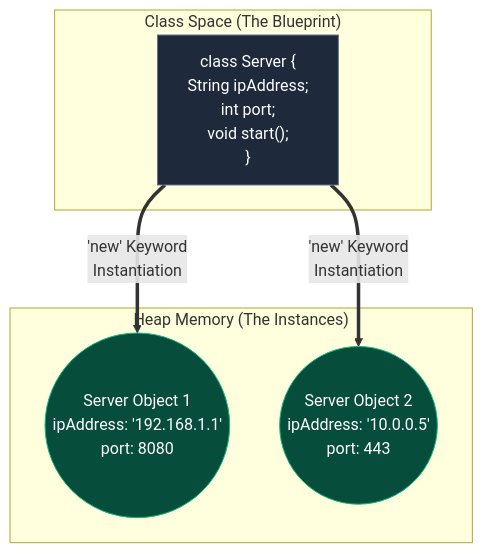
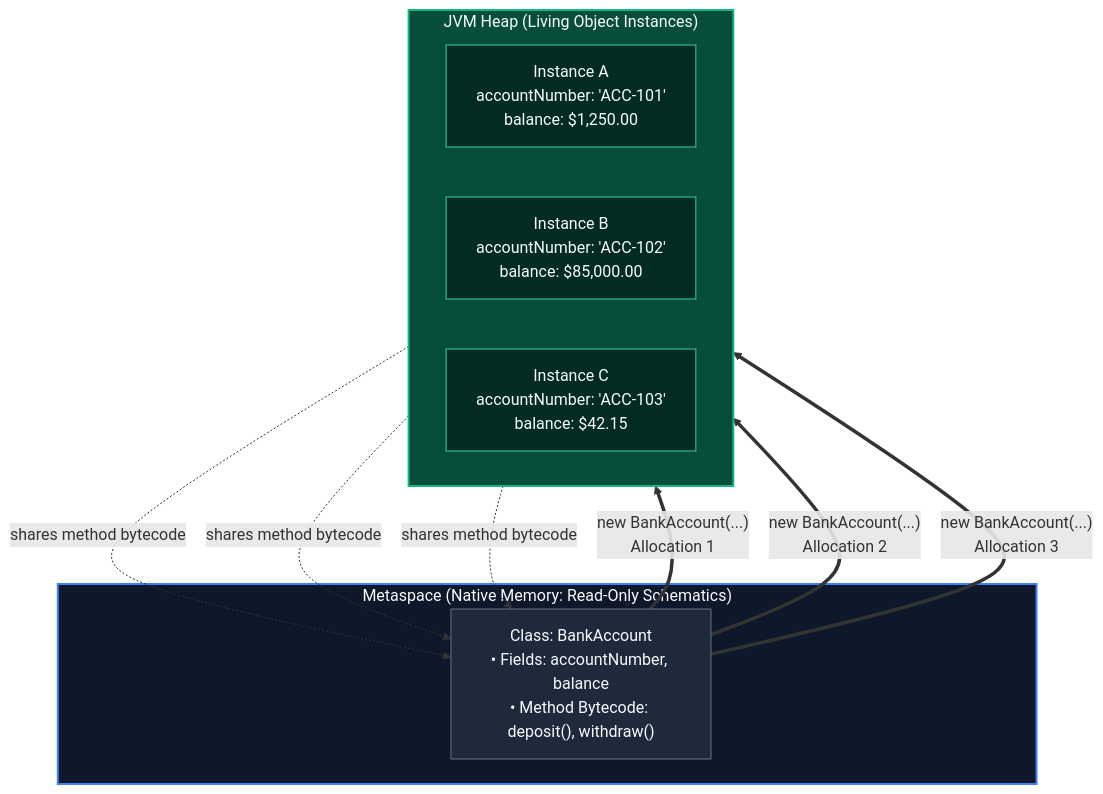
Before and after one commit to ravishankar2463/java_hub: the first of 3 diagrams in content/roadmap/level-0/intro-to-oops.md, drawn with Mermaid. The commit also changed other lines of this file, not shown here.

````diff
--- a/content/roadmap/level-0/intro-to-oops.md
+++ b/content/roadmap/level-0/intro-to-oops.md
@@ -19,18 +27,28 @@
 ```mermaid
 flowchart TD
-    subgraph "Class Space (The Blueprint)"
-        C1["class Server { <br/> String ipAddress;<br/> int port;<br/> void start(); <br/> }"]
+    subgraph Metaspace ["Metaspace (Native Memory: Read-Only Schematics)"]
+        ClassDef["Class: BankAccount<br/>• Fields: accountNumber, balance<br/>• Method Bytecode: deposit(), withdraw()"]
     end
 
-    subgraph "Heap Memory (The Instances)"
-        O1(("Server Object 1<br/>ipAddress: '192.168.1.1'<br/>port: 8080"))
-        O2(("Server Object 2<br/>ipAddress: '10.0.0.5'<br/>port: 443"))
+    subgraph HeapSpace ["JVM Heap (Living Object Instances)"]
+        direction LR
+        Obj1["Instance A<br/>accountNumber: 'ACC-101'<br/>balance: $1,250.00"]
+        Obj2["Instance B<br/>accountNumber: 'ACC-102'<br/>balance: $85,000.00"]
+        Obj3["Instance C<br/>accountNumber: 'ACC-103'<br/>balance: $42.15"]
     end
 
-    C1 ==>|'new' Keyword<br/>Instantiation| O1
-    C1 ==>|'new' Keyword<br/>Instantiation| O2
+    ClassDef ==>|"new BankAccount(...)<br/>Allocation 1"| Obj1
+    ClassDef ==>|"new BankAccount(...)<br/>Allocation 2"| Obj2
+    ClassDef ==>|"new BankAccount(...)<br/>Allocation 3"| Obj3
 
-    style C1 fill:#1e293b,stroke:#64748b,color:#fff
-    style O1 fill:#064e3b,stroke:#10b981,color:#fff
-    style O2 fill:#064e3b,stroke:#10b981,color:#fff
+    Obj1 -.->|"shares method bytecode"| ClassDef
+    Obj2 -.->|"shares method bytecode"| ClassDef
+    Obj3 -.->|"shares method bytecode"| ClassDef
+
+    style Metaspace fill:#0f172a,stroke:#3b82f6,stroke-width:2px,color:#f8fafc
+    style HeapSpace fill:#064e3b,stroke:#10b981,stroke-width:2px,color:#f8fafc
+    style ClassDef fill:#1e293b,stroke:#64748b,color:#f8fafc
+    style Obj1 fill:#022c22,stroke:#34d399,color:#f8fafc
+    style Obj2 fill:#022c22,stroke:#34d399,color:#f8fafc
+    style Obj3 fill:#022c22,stroke:#34d399,color:#f8fafc
 ```
````
